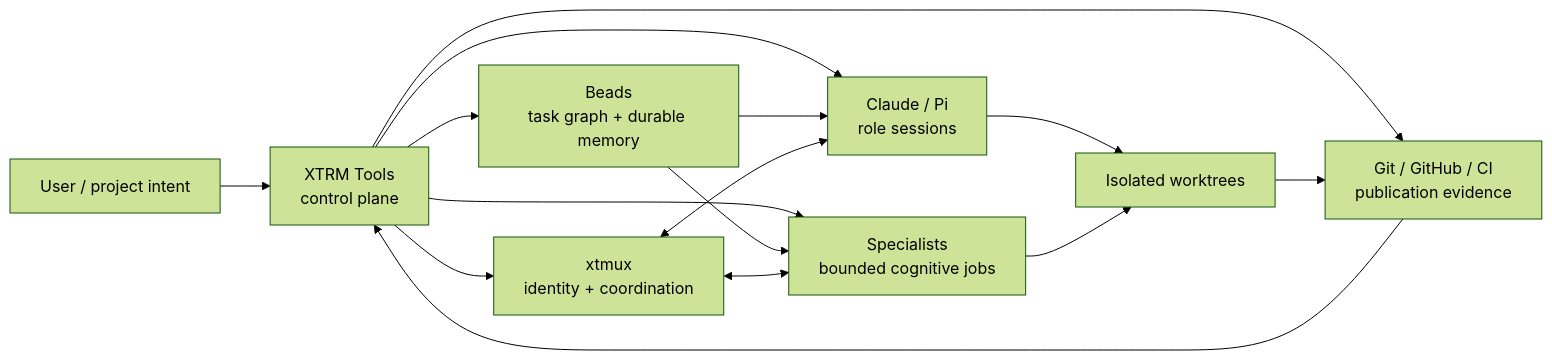
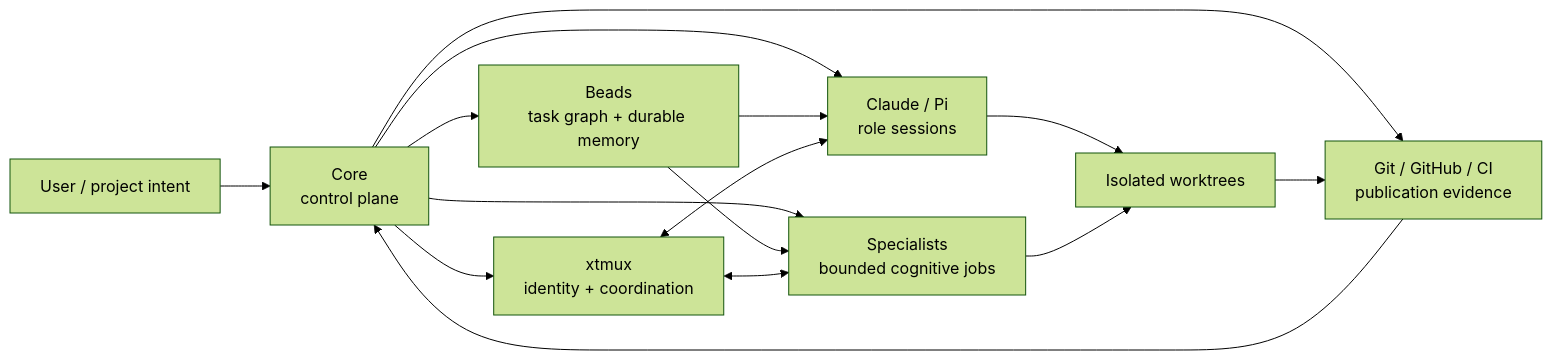
Before and after one commit to Jaggerxtrm/jaggers-agent-tools: the first of 2 diagrams in README.md, drawn with Mermaid (forest theme). The commit also changed other lines of this file, not shown here.

Commit message:
docs(readme): use Core and XTRM naming

````diff
--- a/README.md
+++ b/README.md
@@ -27,19 +32,19 @@
 ```mermaid
 flowchart LR
-    U[User / project intent] --> C[XTRM Tools<br/>control plane]
+    U[User / project intent] --> C[Core<br/>control plane]
 
     C --> B[Beads<br/>task graph + durable memory]
     C --> R[Claude / Pi<br/>role sessions]
     C --> S[Specialists<br/>bounded cognitive jobs]
     C --> X[xtmux<br/>identity + coordination]
     C --> G[Git / GitHub / CI<br/>publication evidence]
 
     R --> W[Isolated worktrees]
     S --> W
     B --> R
     B --> S
     X <--> R
     X <--> S
     W --> G
     G --> C
 ```
````
